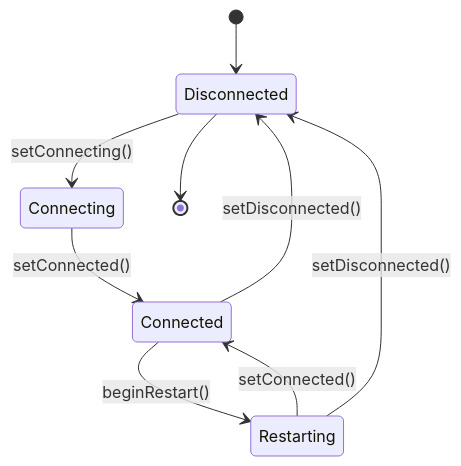
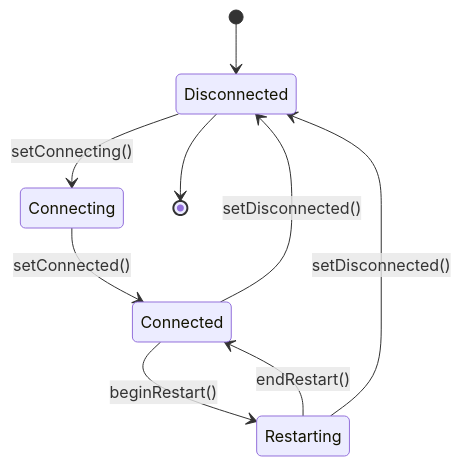
One commit to verse-ai-org/openclaw changed diagram 13 of 20 in .qoder/repowiki/zh/content/核心概念/网关架构/网关重启系统.md. Above: the diagram before and after it, drawn with Mermaid. The commit also changed other lines of this file and 86 other files, not shown here.

````diff
--- a/.qoder/repowiki/zh/content/核心概念/网关架构/网关重启系统.md
+++ b/.qoder/repowiki/zh/content/核心概念/网关架构/网关重启系统.md
@@ -519,11 +532,11 @@
 ```mermaid
 stateDiagram-v2
 [*] --> Disconnected
 Disconnected --> Connecting : setConnecting()
 Connecting --> Connected : setConnected()
 Connected --> Restarting : beginRestart()
-Restarting --> Connected : setConnected()
+Restarting --> Connected : endRestart()
 Restarting --> Disconnected : setDisconnected()
 Connected --> Disconnected : setDisconnected()
 Disconnected --> [*]
 ```
````
